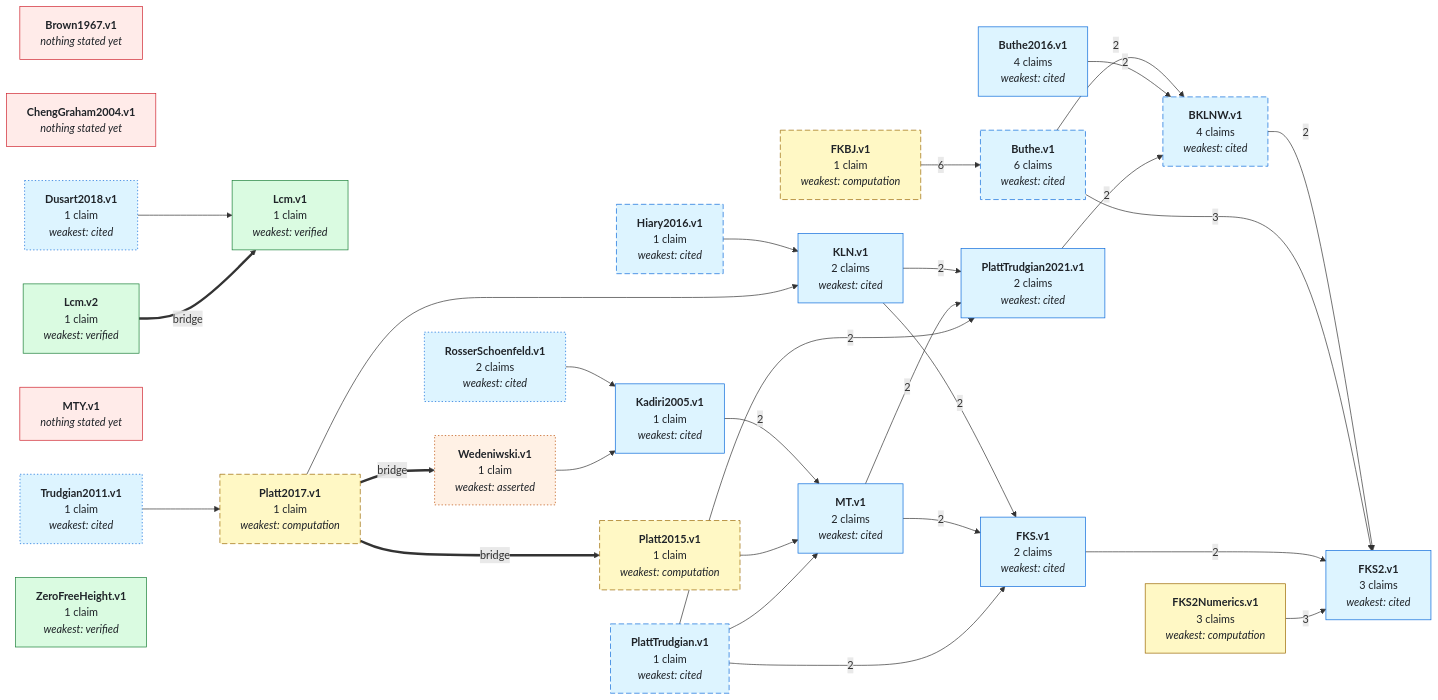
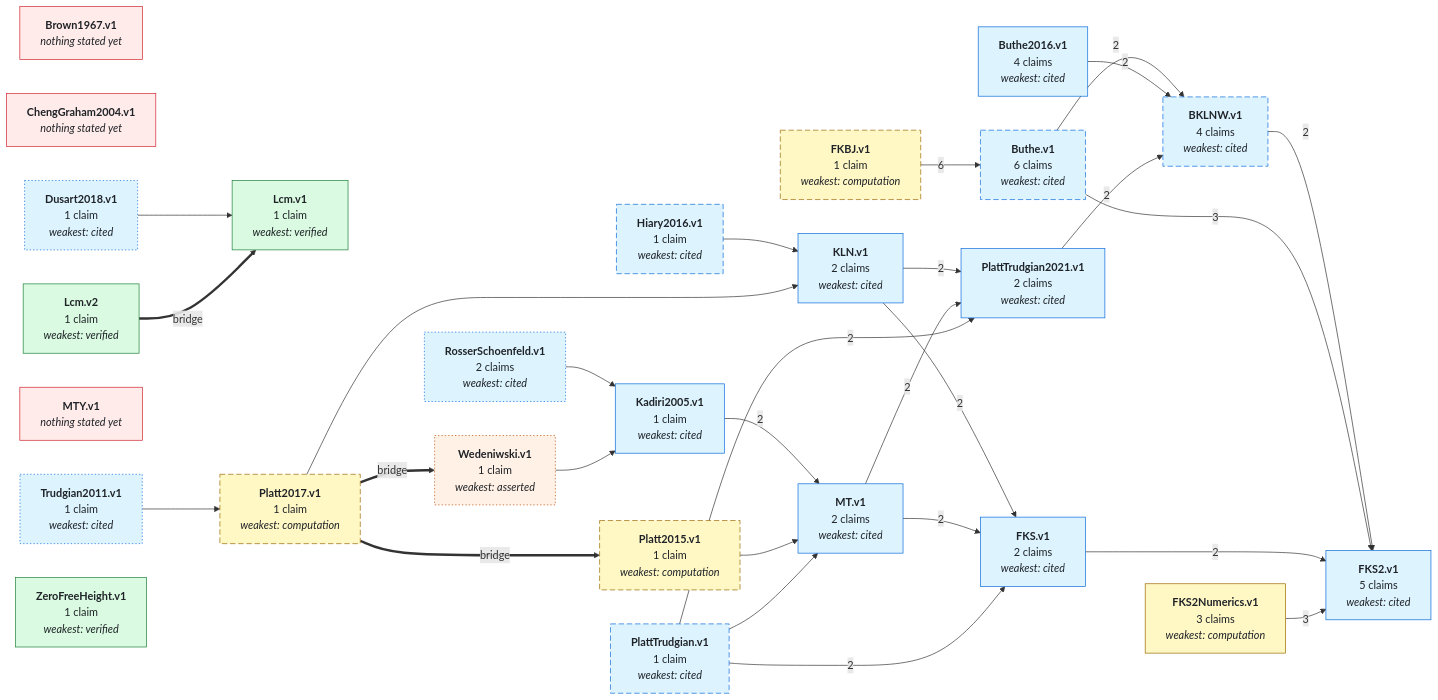
Before and after one commit to teorth/IEANTN: the first of 2 diagrams in GRAPH.md, drawn with Mermaid. The commit also changed other lines of this file and 14 other files, not shown here.

```diff
--- a/GRAPH.md
+++ b/GRAPH.md
@@ -50,7 +50,7 @@
   NDusart2018_v1["<b>Dusart2018.v1</b><br/>1 claim<br/><i>weakest: cited</i>"]
   NFKBJ_v1["<b>FKBJ.v1</b><br/>1 claim<br/><i>weakest: computation</i>"]
   NFKS_v1["<b>FKS.v1</b><br/>2 claims<br/><i>weakest: cited</i>"]
-  NFKS2_v1["<b>FKS2.v1</b><br/>3 claims<br/><i>weakest: cited</i>"]
+  NFKS2_v1["<b>FKS2.v1</b><br/>5 claims<br/><i>weakest: cited</i>"]
   NFKS2Numerics_v1["<b>FKS2Numerics.v1</b><br/>3 claims<br/><i>weakest: computation</i>"]
   NHiary2016_v1["<b>Hiary2016.v1</b><br/>1 claim<br/><i>weakest: cited</i>"]
   NKLN_v1["<b>KLN.v1</b><br/>2 claims<br/><i>weakest: cited</i>"]
```
